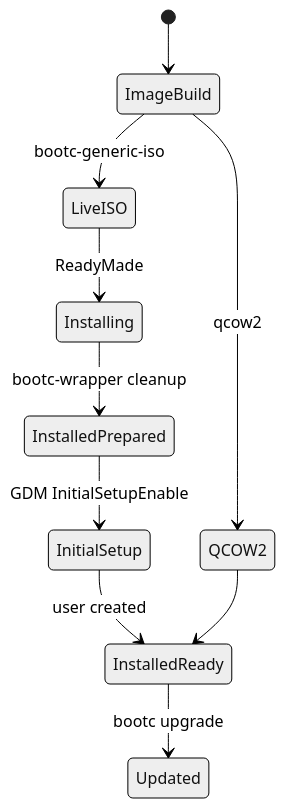
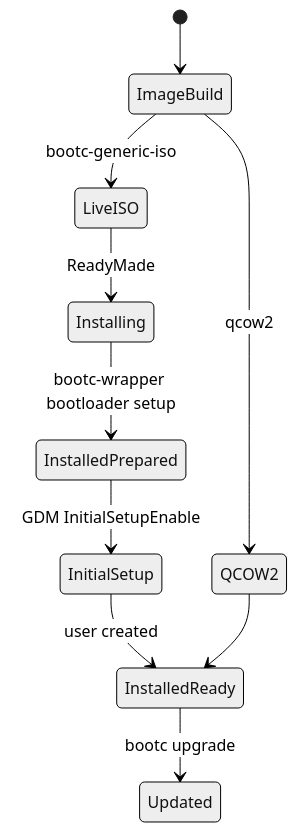
Diagram 14 of 15 in ARCHITECTURE.md (luminusOS/images), drawn with Mermaid (neutral theme) before and after one commit. The commit also changed other lines of this file and 34 other files, not shown here.

````diff
--- a/ARCHITECTURE.md
+++ b/ARCHITECTURE.md
@@ -655,12 +632,12 @@
 ```mermaid
 stateDiagram-v2
     [*] --> ImageBuild
     ImageBuild --> LiveISO: bootc-generic-iso
     ImageBuild --> QCOW2: qcow2
     LiveISO --> Installing: ReadyMade
-    Installing --> InstalledPrepared: bootc-wrapper cleanup
+    Installing --> InstalledPrepared: bootc-wrapper bootloader setup
     InstalledPrepared --> InitialSetup: GDM InitialSetupEnable
     InitialSetup --> InstalledReady: user created
     QCOW2 --> InstalledReady
     InstalledReady --> Updated: bootc upgrade
 ```
````
